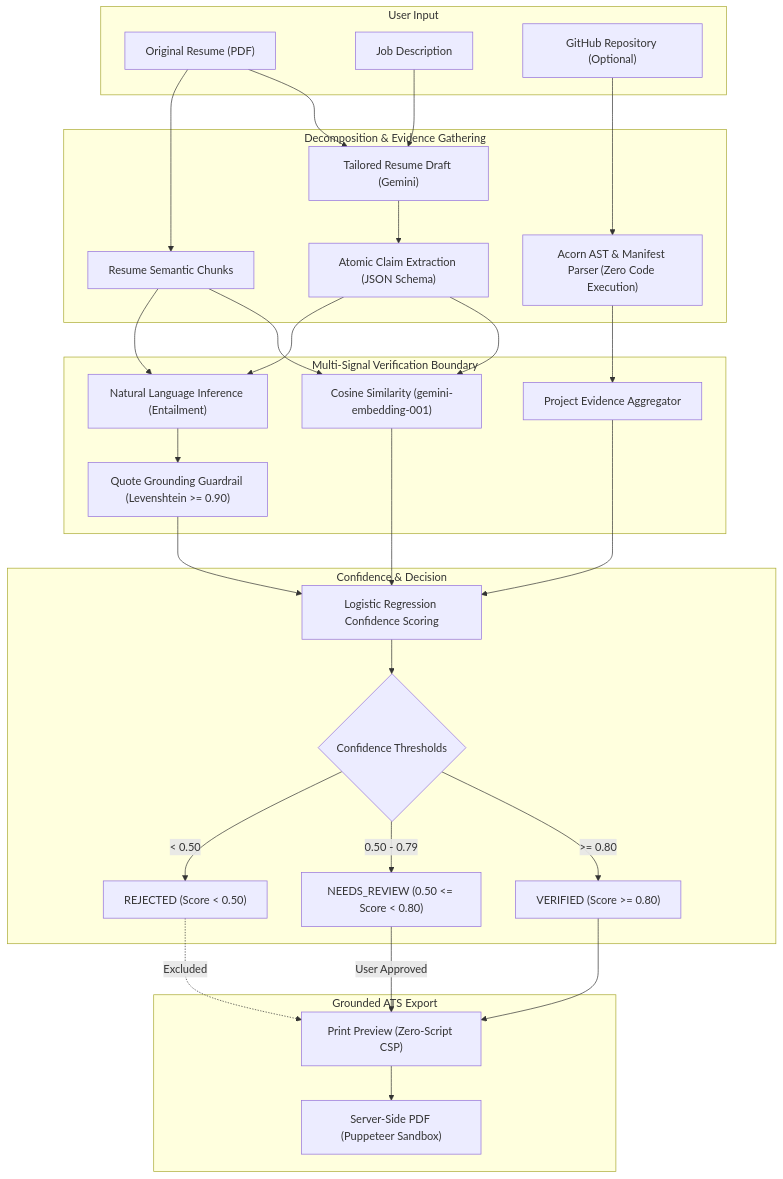
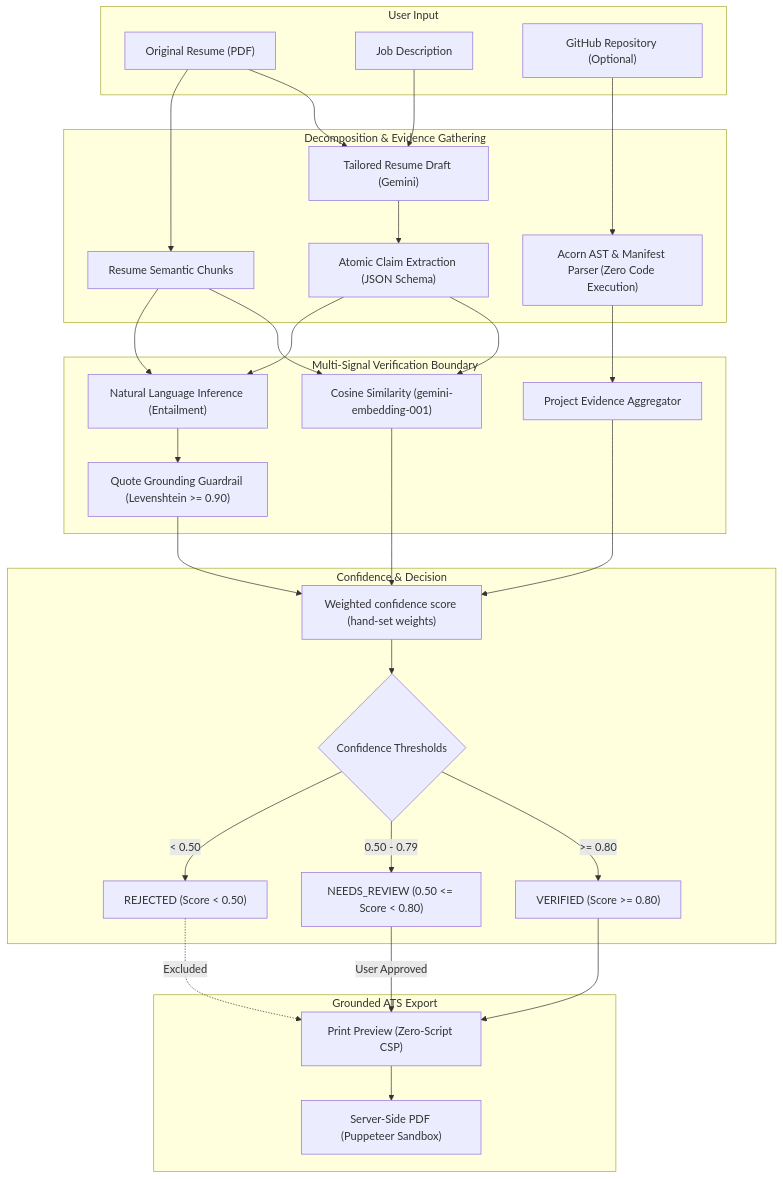
Before and after one commit to fun-s-dev/JobFitAI: the diagram in README.md, drawn with Mermaid. The commit also changed other lines of this file and 37 other files, not shown here.

````diff
--- a/README.md
+++ b/README.md
@@ -22,62 +24,62 @@
 ```mermaid
 flowchart TD
     subgraph Input ["User Input"]
         R["Original Resume (PDF)"]
         JD["Job Description"]
         GH["GitHub Repository (Optional)"]
     end
 
     subgraph Extraction ["Decomposition & Evidence Gathering"]
         Draft["Tailored Resume Draft (Gemini)"]
         Claims["Atomic Claim Extraction (JSON Schema)"]
         Chunks["Resume Semantic Chunks"]
         AST["Acorn AST & Manifest Parser (Zero Code Execution)"]
     end
 
     subgraph Verification ["Multi-Signal Verification Boundary"]
         Sim["Cosine Similarity (gemini-embedding-001)"]
         Ent["Natural Language Inference (Entailment)"]
         QG["Quote Grounding Guardrail (Levenshtein >= 0.90)"]
         Proj["Project Evidence Aggregator"]
     end
 
     subgraph Scoring ["Confidence & Decision"]
-        Score["Logistic Regression Confidence Scoring"]
+        Score["Weighted confidence score (hand-set weights)"]
         Decision{"Confidence Thresholds"}
         Verified["VERIFIED (Score >= 0.80)"]
         Review["NEEDS_REVIEW (0.50 <= Score < 0.80)"]
         Rejected["REJECTED (Score < 0.50)"]
     end
 
     subgraph Output ["Grounded ATS Export"]
         HTML["Print Preview (Zero-Script CSP)"]
         PDF["Server-Side PDF (Puppeteer Sandbox)"]
     end
 
     R --> Draft
     JD --> Draft
     Draft --> Claims
     R --> Chunks
     GH --> AST
 
     Claims --> Sim
     Chunks --> Sim
     Claims --> Ent
     Chunks --> Ent
     Ent --> QG
     AST --> Proj
 
     Sim --> Score
     QG --> Score
     Proj --> Score
 
     Score --> Decision
     Decision -->|>= 0.80| Verified
     Decision -->|0.50 - 0.79| Review
     Decision -->|< 0.50| Rejected
 
     Verified --> HTML
     Review -->|User Approved| HTML
     Rejected -.->|Excluded| HTML
     HTML --> PDF
 ```
````
